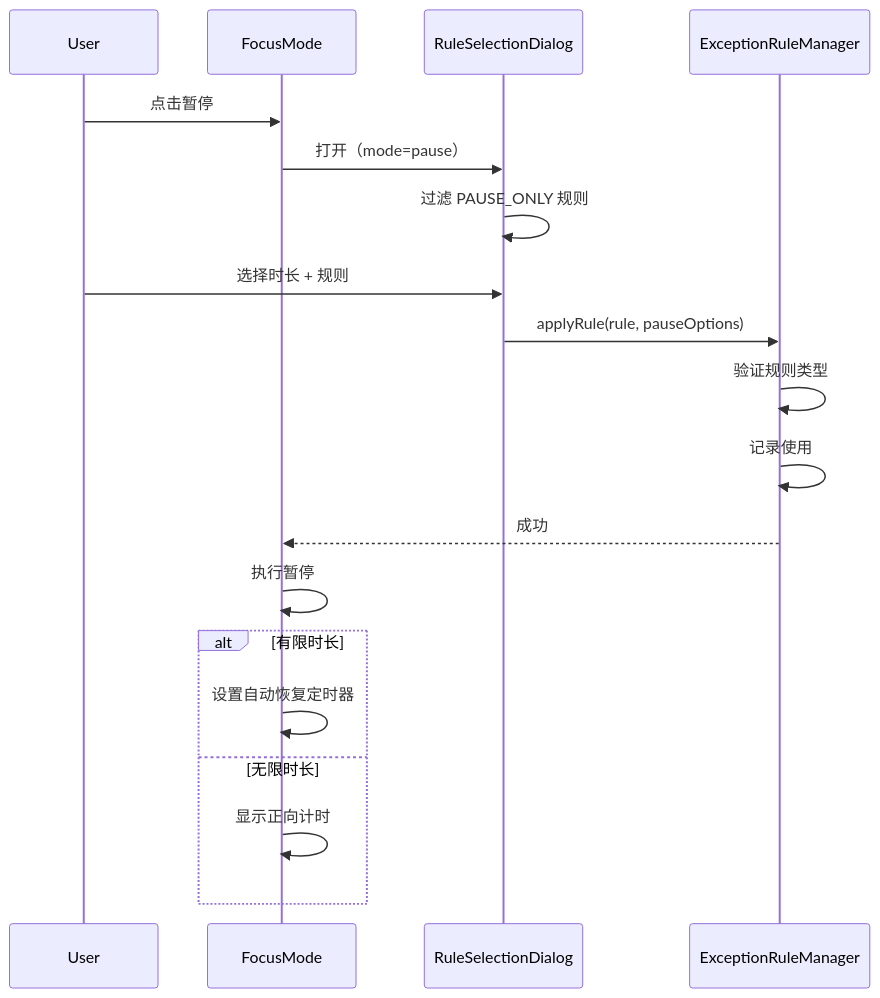
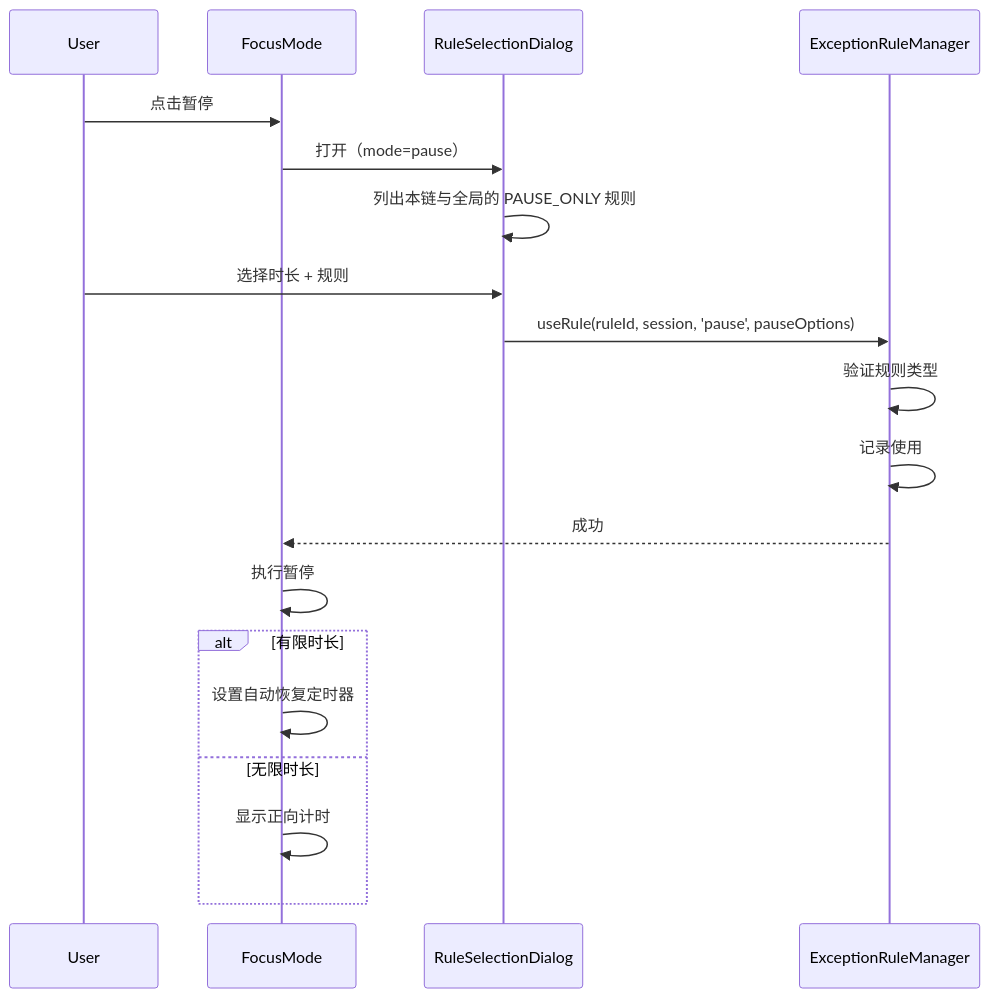
One commit to KenXiao1/momentum changed the first of 2 diagrams in docs/features/DOMAIN_RULES.md. Above: the diagram before and after it, drawn with Mermaid. The commit also changed other lines of this file and 243 other files, not shown here.

````diff
--- a/docs/features/DOMAIN_RULES.md
+++ b/docs/features/DOMAIN_RULES.md
@@ -147,22 +135,22 @@
 ```mermaid
 sequenceDiagram
     participant User
     participant FocusMode
     participant RuleSelectionDialog
     participant ExceptionRuleManager
 
     User->>FocusMode: 点击暂停
     FocusMode->>RuleSelectionDialog: 打开（mode=pause）
-    RuleSelectionDialog->>RuleSelectionDialog: 过滤 PAUSE_ONLY 规则
+    RuleSelectionDialog->>RuleSelectionDialog: 列出本链与全局的 PAUSE_ONLY 规则
     User->>RuleSelectionDialog: 选择时长 + 规则
-    RuleSelectionDialog->>ExceptionRuleManager: applyRule(rule, pauseOptions)
+    RuleSelectionDialog->>ExceptionRuleManager: useRule(ruleId, session, 'pause', pauseOptions)
     ExceptionRuleManager->>ExceptionRuleManager: 验证规则类型
     ExceptionRuleManager->>ExceptionRuleManager: 记录使用
     ExceptionRuleManager-->>FocusMode: 成功
     FocusMode->>FocusMode: 执行暂停
     alt 有限时长
         FocusMode->>FocusMode: 设置自动恢复定时器
     else 无限时长
         FocusMode->>FocusMode: 显示正向计时
     end
 ```
````
